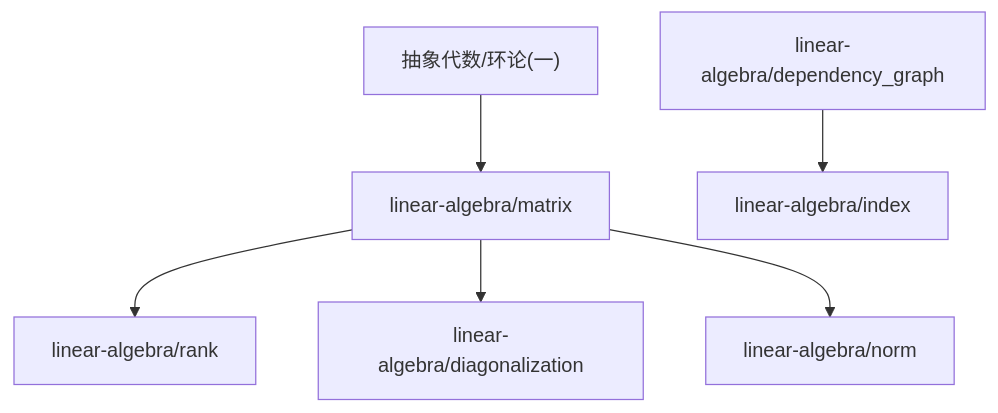
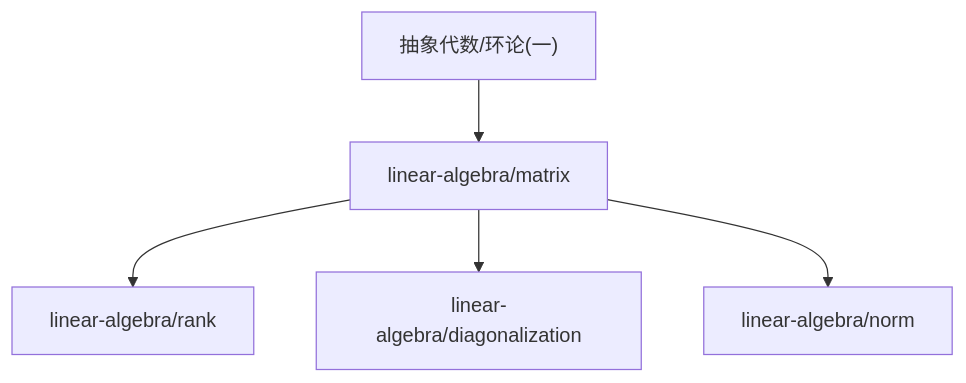
The diagram in content/linear-algebra/dependency_graph.md (zeroDtree/zeroDtree.github.io), drawn with Mermaid before and after one commit. The commit also changed 17 other files, not shown here.

````diff
--- a/content/linear-algebra/dependency_graph.md
+++ b/content/linear-algebra/dependency_graph.md
@@ -1,8 +1,7 @@
 ```mermaid
 graph TD
 1["linear-algebra/matrix"] --> 0["linear-algebra/rank"]
-3["linear-algebra/dependency_graph"] --> 2["linear-algebra/index"]
-4["抽象代数/环论(一)"] --> 1["linear-algebra/matrix"]
-1["linear-algebra/matrix"] --> 5["linear-algebra/diagonalization"]
-1["linear-algebra/matrix"] --> 6["linear-algebra/norm"]
+3["抽象代数/环论(一)"] --> 1["linear-algebra/matrix"]
+1["linear-algebra/matrix"] --> 4["linear-algebra/diagonalization"]
+1["linear-algebra/matrix"] --> 5["linear-algebra/norm"]
 ```
````
